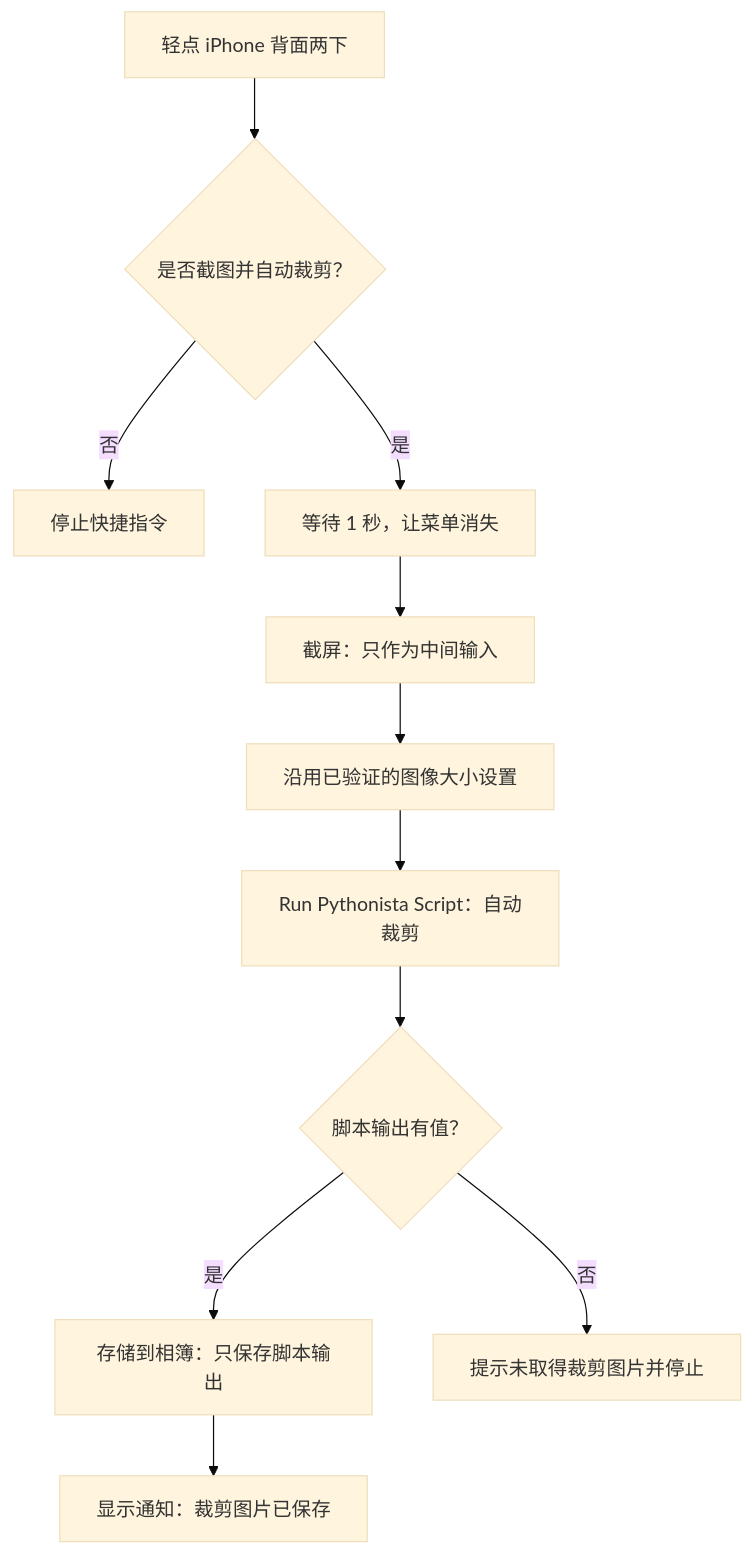
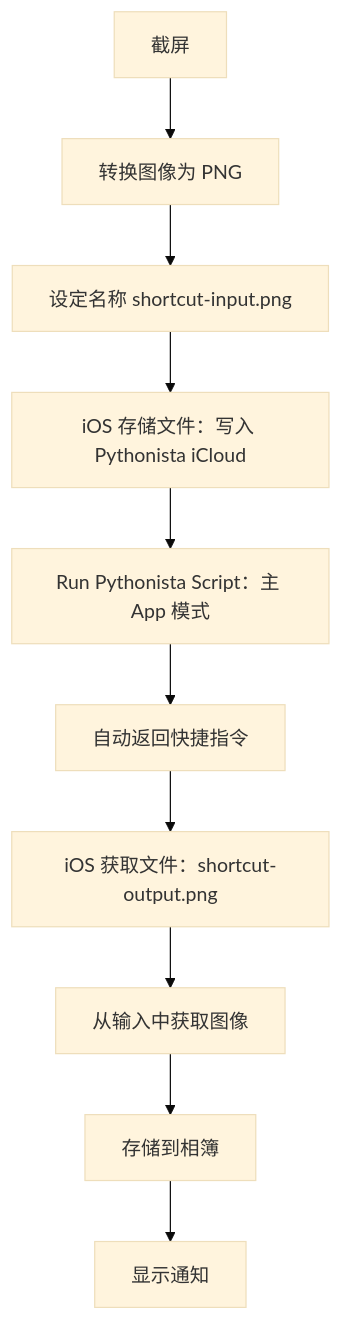
Before and after one commit to p5ych2022/autoScreenshot_IOS: the second of 2 diagrams in README.md, drawn with Mermaid (base theme). The commit also changed other lines of this file and 1 other file, not shown here.

````diff
--- a/README.md
+++ b/README.md
@@ -15,13 +87,12 @@
 ```mermaid
 flowchart TD
-    A[轻点 iPhone 背面两下] --> B{是否截图并自动裁剪？}
-    B -->|否| C[停止快捷指令]
-    B -->|是| D[等待 1 秒，让菜单消失]
-    D --> E[截屏：只作为中间输入]
-    E --> F[沿用已验证的图像大小设置]
-    F --> G[Run Pythonista Script：自动裁剪]
-    G --> H{脚本输出有值？}
-    H -->|是| I[存储到相簿：只保存脚本输出]
-    I --> J[显示通知：裁剪图片已保存]
-    H -->|否| K[提示未取得裁剪图片并停止]
+    A[截屏] --> B[转换图像为 PNG]
+    B --> C[设定名称 shortcut-input.png]
+    C --> D[iOS 存储文件：写入 Pythonista iCloud]
+    D --> E[Run Pythonista Script：主 App 模式]
+    E --> F[自动返回快捷指令]
+    F --> G[iOS 获取文件：shortcut-output.png]
+    G --> H[从输入中获取图像]
+    H --> I[存储到相簿]
+    I --> J[显示通知]
 ```
````
